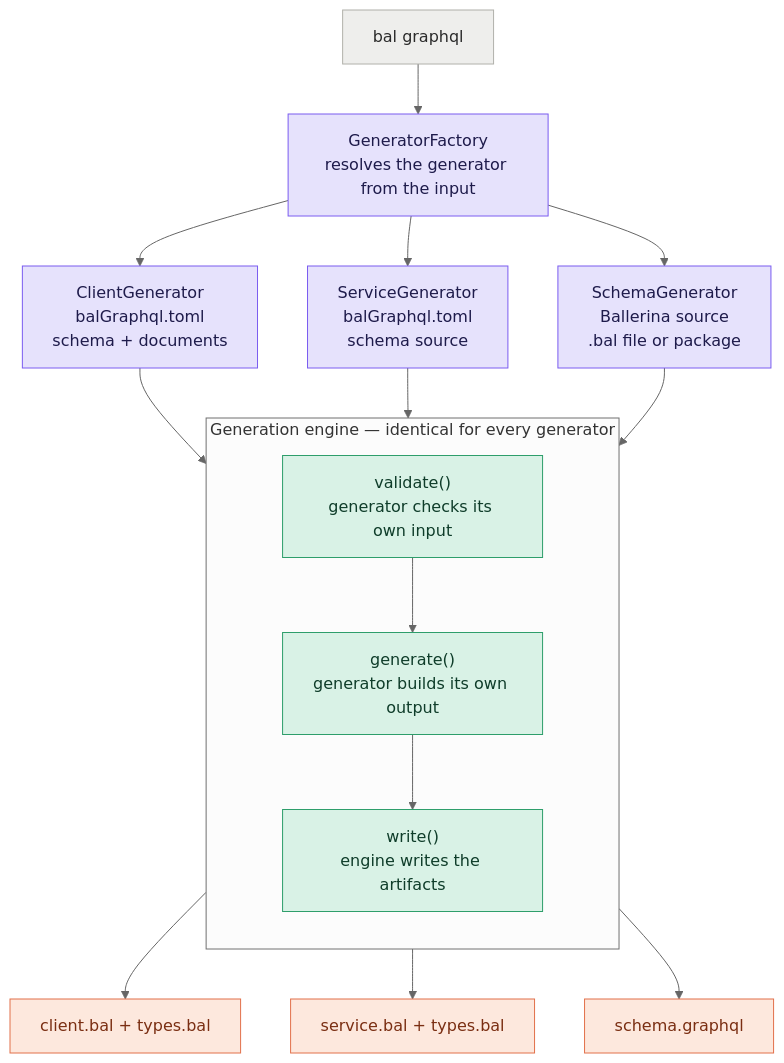
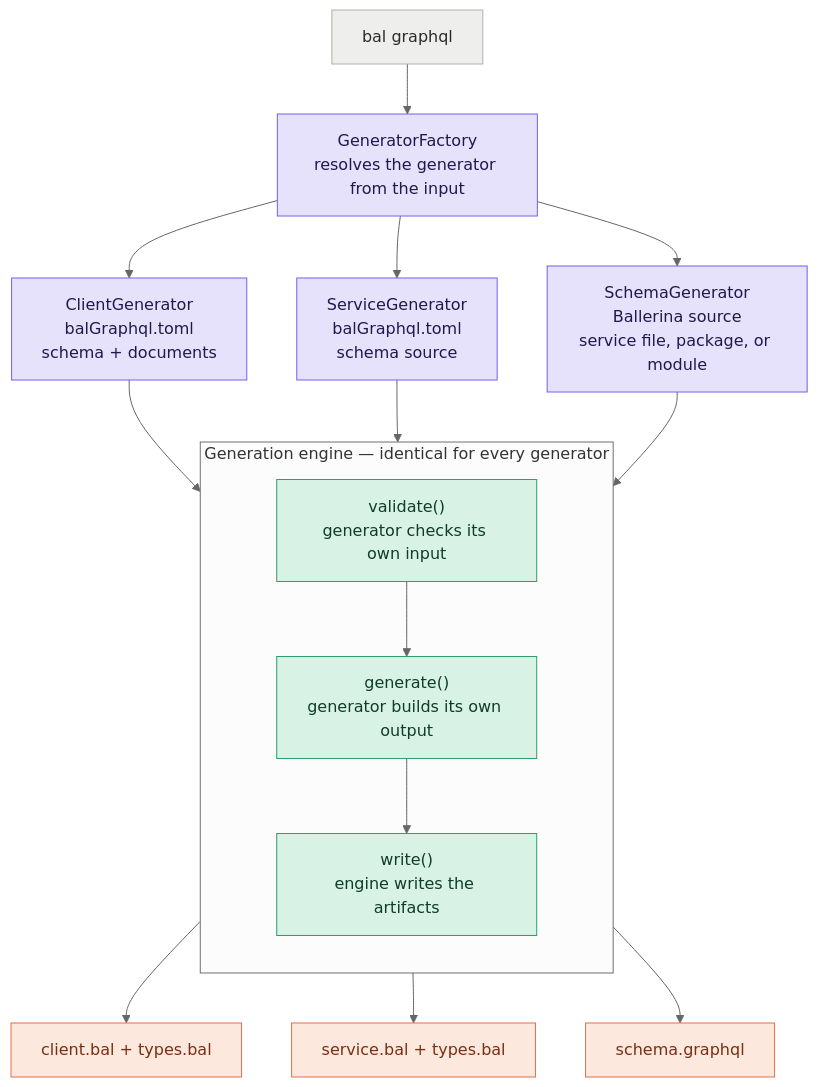
One commit to ballerina-platform/ballerina-spec changed the second of 3 diagrams in beps/bal-graphql/1493_Revamping Ballerina GraphQL CLI Tool.md. Above: the diagram before and after it, drawn with Mermaid (neutral theme). The commit also changed other lines of this file, not shown here.

````diff
--- a/beps/bal-graphql/1493_Revamping Ballerina GraphQL CLI Tool.md
+++ b/beps/bal-graphql/1493_Revamping Ballerina GraphQL CLI Tool.md
@@ -164,34 +164,34 @@
 ```mermaid
 flowchart TD
     CLI["bal graphql"] --> FACTORY["GeneratorFactory<br/>resolves the generator from the input"]
 
     FACTORY --> CG["ClientGenerator<br/>balGraphql.toml<br/>schema + documents"]
     FACTORY --> SG["ServiceGenerator<br/>balGraphql.toml<br/>schema source"]
-    FACTORY --> HG["SchemaGenerator<br/>Ballerina source<br/>.bal file or package"]
+    FACTORY --> HG["SchemaGenerator<br/>Ballerina source<br/>service file, package, or module"]
 
     CG --> ENGINE
     SG --> ENGINE
     HG --> ENGINE
 
     subgraph ENGINE["Generation engine — identical for every generator"]
         direction TB
         V["validate()<br/>generator checks its own input"]
         G["generate()<br/>generator builds its own output"]
         W["write()<br/>engine writes the artifacts"]
         V --> G --> W
     end
 
     ENGINE --> CO["client.bal + types.bal"]
     ENGINE --> SO["service.bal + types.bal"]
     ENGINE --> HO["schema.graphql"]
 
     classDef entry fill:#eeeeec,stroke:#b0b0aa,color:#2b2b2b
     classDef cli fill:#e6e2fc,stroke:#7a5cf0,color:#1e1b4b
     classDef step fill:#d9f2e6,stroke:#2e9e6b,color:#0f3d2a
     classDef out fill:#fde8dd,stroke:#e2704a,color:#7a2e12
 
     class CLI entry
     class CG,SG,HG,FACTORY cli
     class V,G,W step
     class CO,SO,HO out
 ```
````
